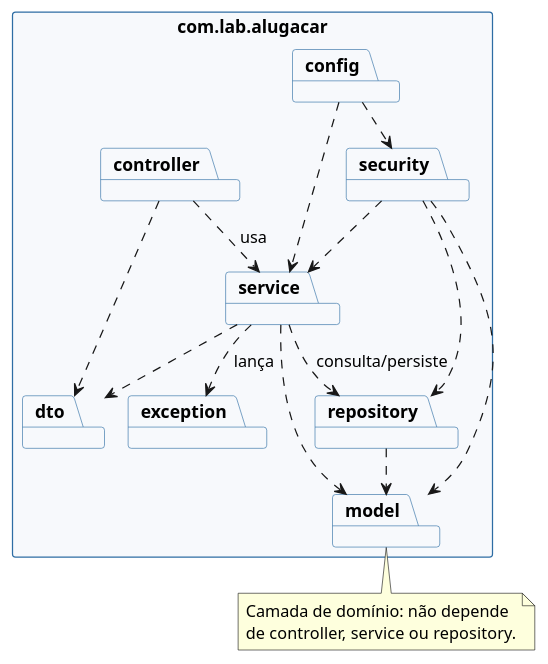
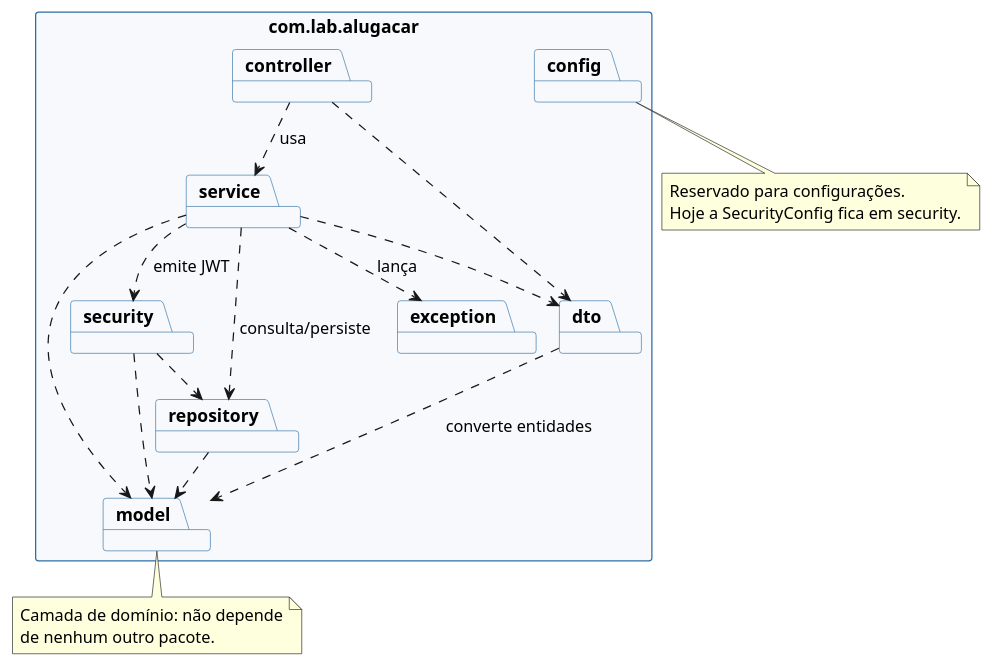
The diagram in docs/uml/diagrama-pacotes.puml (sophiaferreira1a/AlugaCar), drawn with PlantUML before and after one commit. The commit also changed 19 other files, not shown here.

```diff
--- a/docs/uml/diagrama-pacotes.puml
+++ b/docs/uml/diagrama-pacotes.puml
@@ -1,41 +1,45 @@
 @startuml diagrama-pacotes
 !pragma layout smetana
 
 skinparam backgroundColor #FFFFFF
 skinparam shadowing false
 skinparam packageStyle rectangle
 skinparam package {
   BackgroundColor #F7F9FC
   BorderColor #2E6DA4
 }
 
 package "com.lab.alugacar" {
   package "controller" as controller
   package "service" as service
   package "repository" as repository
   package "model" as model
   package "dto" as dto
   package "security" as security
   package "exception" as exception
   package "config" as config
 }
 
 controller ..> service : usa
 controller ..> dto
 service ..> repository : consulta/persiste
 service ..> model
 service ..> dto
 service ..> exception : lança
+service ..> security : emite JWT
 repository ..> model
-security ..> service
+dto ..> model : converte entidades
 security ..> repository
 security ..> model
-config ..> security
-config ..> service
 
 note bottom of model
   Camada de domínio: não depende
-  de controller, service ou repository.
+  de nenhum outro pacote.
+end note
+
+note bottom of config
+  Reservado para configurações.
+  Hoje a SecurityConfig fica em security.
 end note
 
 @enduml
```
